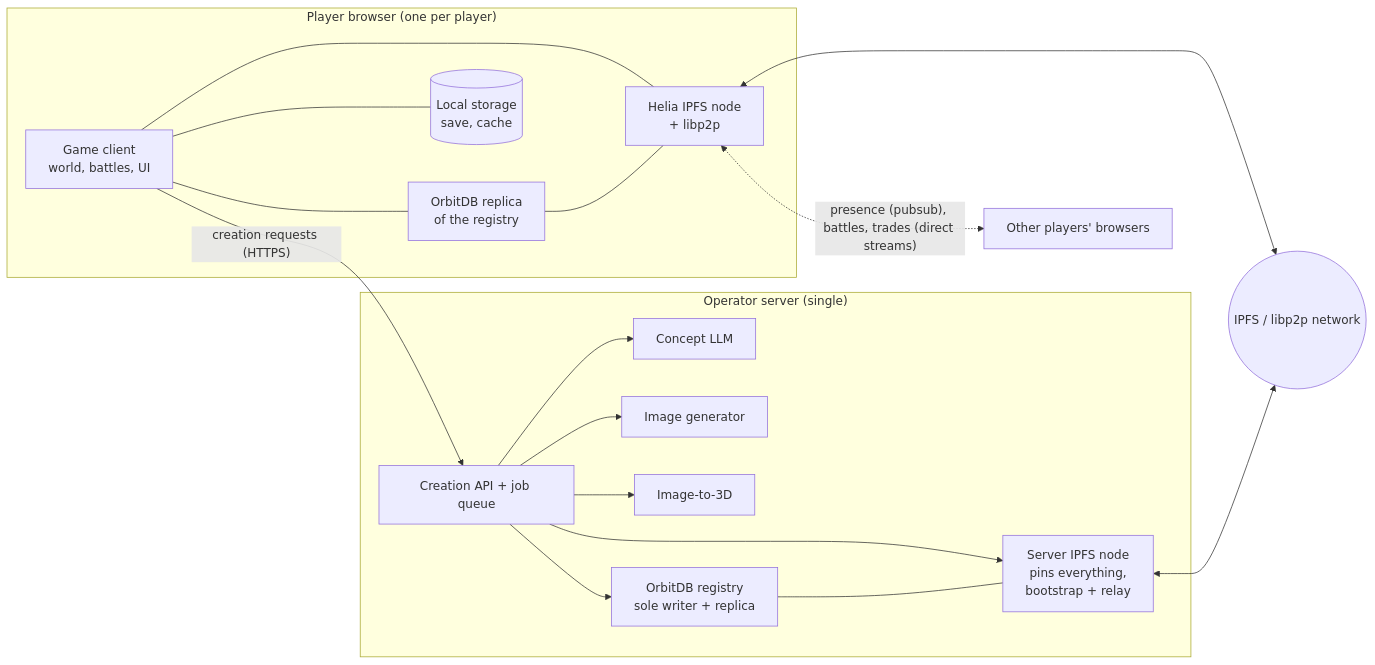
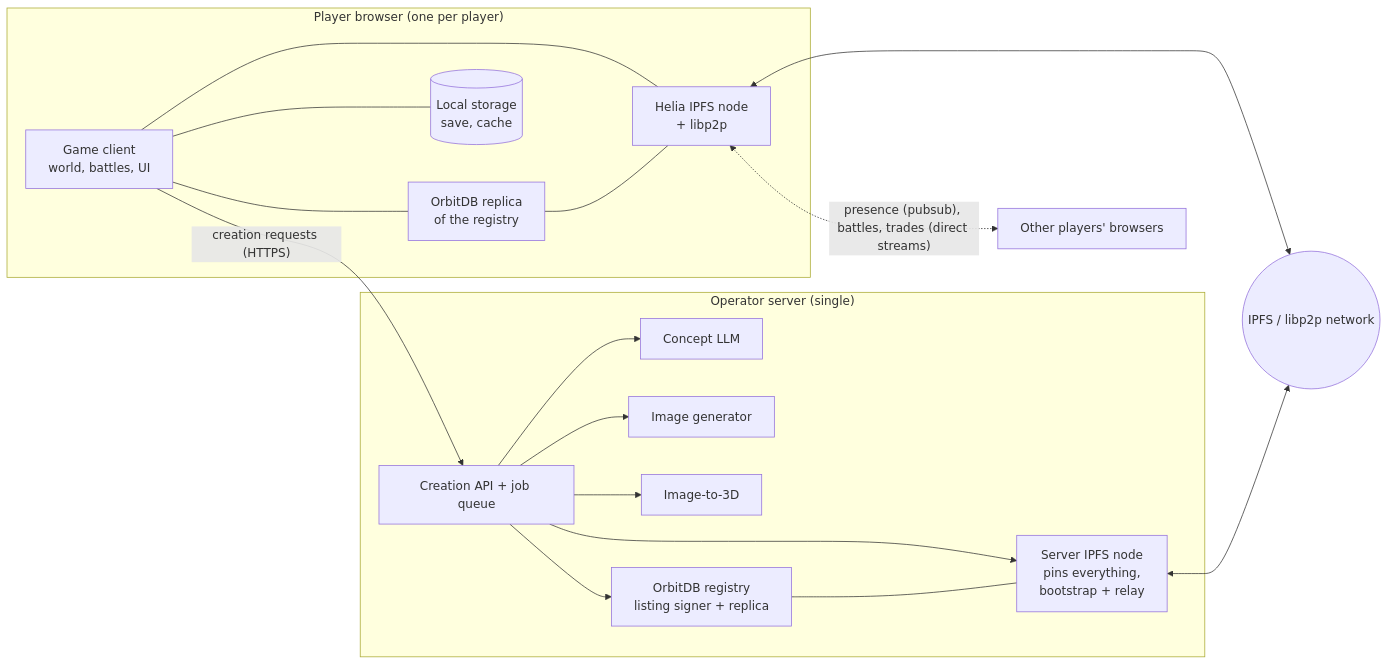
The diagram in wiki/tech/architecture.md (markusklock/peerling-spec), drawn with Mermaid before and after one commit. The commit also changed other lines of this file and 20 other files, not shown here.

````diff
--- a/wiki/tech/architecture.md
+++ b/wiki/tech/architecture.md
@@ -31,30 +32,30 @@
 ```mermaid
 flowchart LR
   subgraph Browser["Player browser (one per player)"]
     G[Game client<br/>world, battles, UI]
     H[Helia IPFS node<br/>+ libp2p]
     O[OrbitDB replica<br/>of the registry]
     L[(Local storage<br/>save, cache)]
     G --- H
     G --- O
     G --- L
     O --- H
   end
   subgraph Server["Operator server (single)"]
     API[Creation API + job queue]
     LLM[Concept LLM]
     IMG[Image generator]
     T3D[Image-to-3D]
     SN[Server IPFS node<br/>pins everything,<br/>bootstrap + relay]
-    SO[OrbitDB registry<br/>sole writer + replica]
+    SO[OrbitDB registry<br/>listing signer + replica]
     API --> LLM & IMG & T3D
     API --> SN
     API --> SO
     SO --- SN
   end
   NET((IPFS / libp2p network))
   H <--> NET
   SN <--> NET
   H <-. "presence (pubsub), battles, trades (direct streams)" .-> OtherPlayers[Other players' browsers]
   G -- "creation requests (HTTPS)" --> API
 ```
````
